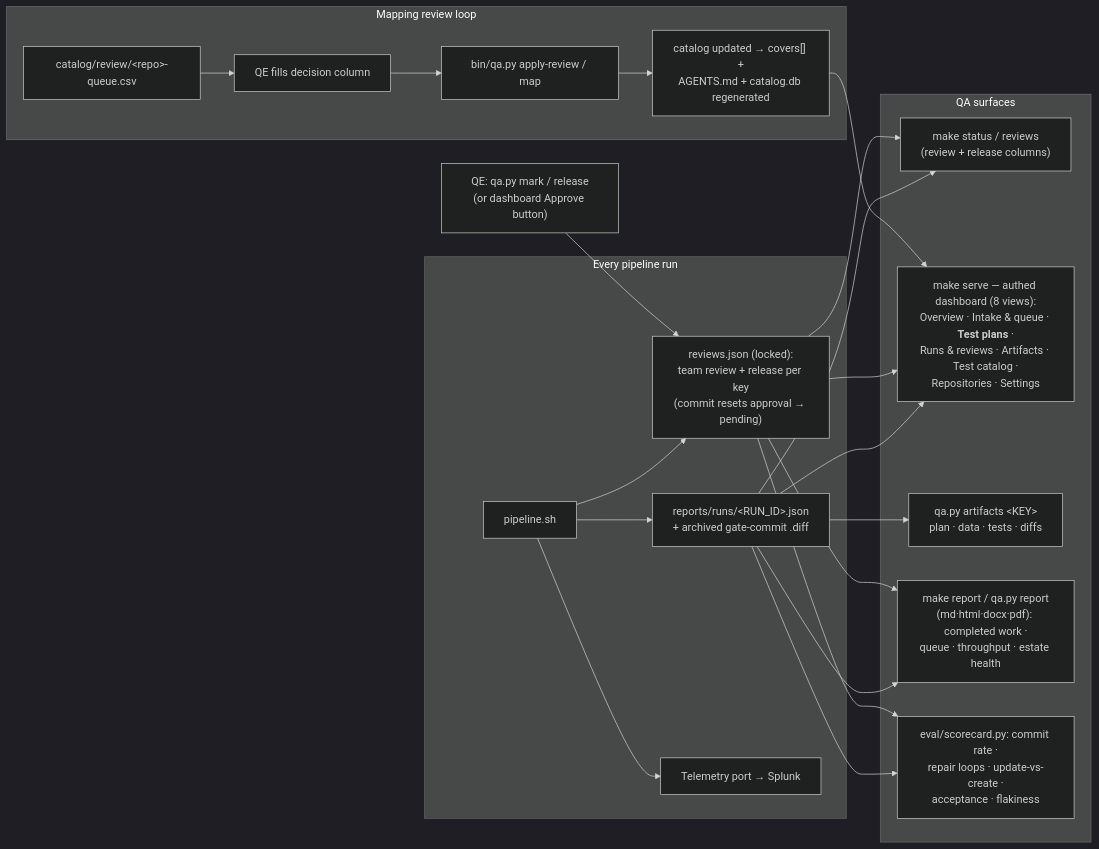
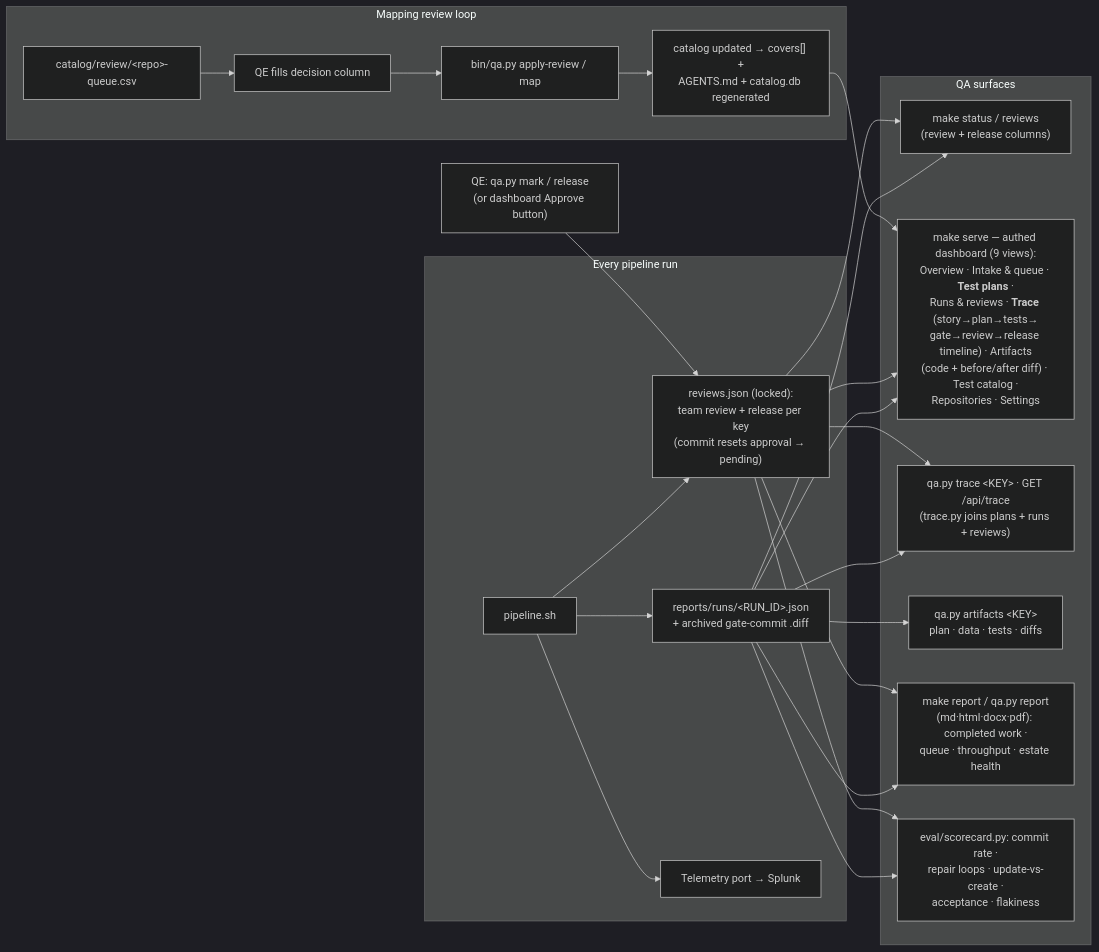
One commit to anandtopu/auto-tests-gen changed the tenth of 15 diagrams in docs/diagrams.md. Above: the diagram before and after it, drawn with Mermaid (dark theme). The commit also changed other lines of this file and 92 other files, not shown here.

````diff
--- a/docs/diagrams.md
+++ b/docs/diagrams.md
@@ -279,35 +281,38 @@
 ```mermaid
 flowchart LR
     subgraph RUNTIME["Every pipeline run"]
         P["pipeline.sh"] --> RR["reports/runs/&lt;RUN_ID&gt;.json<br/>+ archived gate-commit .diff"]
         P --> RS["reviews.json (locked):<br/>team review + release per key<br/>(commit resets approval → pending)"]
         P --> TEL["Telemetry port → Splunk"]
     end
 
     subgraph SURFACES["QA surfaces"]
         ST["make status / reviews<br/>(review + release columns)"]
-        DB["make serve — authed dashboard (8 views):<br/>Overview · Intake &amp; queue · <b>Test plans</b> ·<br/>Runs &amp; reviews · Artifacts · Test catalog ·<br/>Repositories · Settings"]
+        DB["make serve — authed dashboard (9 views):<br/>Overview · Intake &amp; queue · <b>Test plans</b> ·<br/>Runs &amp; reviews · <b>Trace</b> (story→plan→tests→<br/>gate→review→release timeline) · Artifacts<br/>(code + before/after diff) · Test catalog ·<br/>Repositories · Settings"]
+        TRC["qa.py trace &lt;KEY&gt; · GET /api/trace<br/>(trace.py joins plans + runs + reviews)"]
         AR["qa.py artifacts &lt;KEY&gt;<br/>plan · data · tests · diffs"]
         REP["make report / qa.py report<br/>(md·html·docx·pdf): completed work ·<br/>queue · throughput · estate health"]
         SC["eval/scorecard.py: commit rate ·<br/>repair loops · update-vs-create ·<br/>acceptance · flakiness"]
     end
 
     RR --> ST
     RR --> DB
+    RR --> TRC
+    RS --> TRC
     RR --> AR
     RR --> REP
     RR --> SC
     RS --> ST
     RS --> DB
     RS --> REP
     RS --> SC
     TEAM["QE: qa.py mark / release<br/>(or dashboard Approve button)"] --> RS
 
     subgraph REVIEW["Mapping review loop"]
         Q1["catalog/review/&lt;repo&gt;-queue.csv"] --> Q2["QE fills decision column"]
         Q2 --> Q3["bin/qa.py apply-review / map"]
         Q3 --> Q4["catalog updated → covers[] +<br/>AGENTS.md + catalog.db regenerated"]
     end
 
     Q4 --> DB
 ```
````
